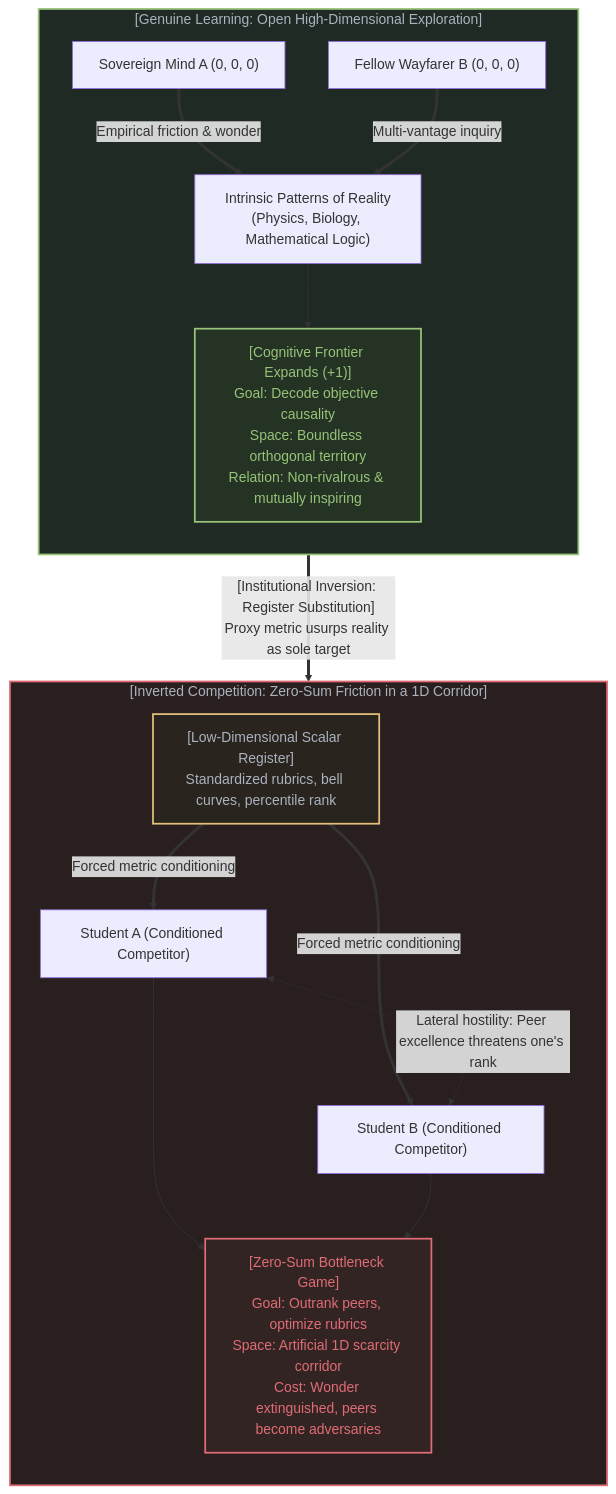
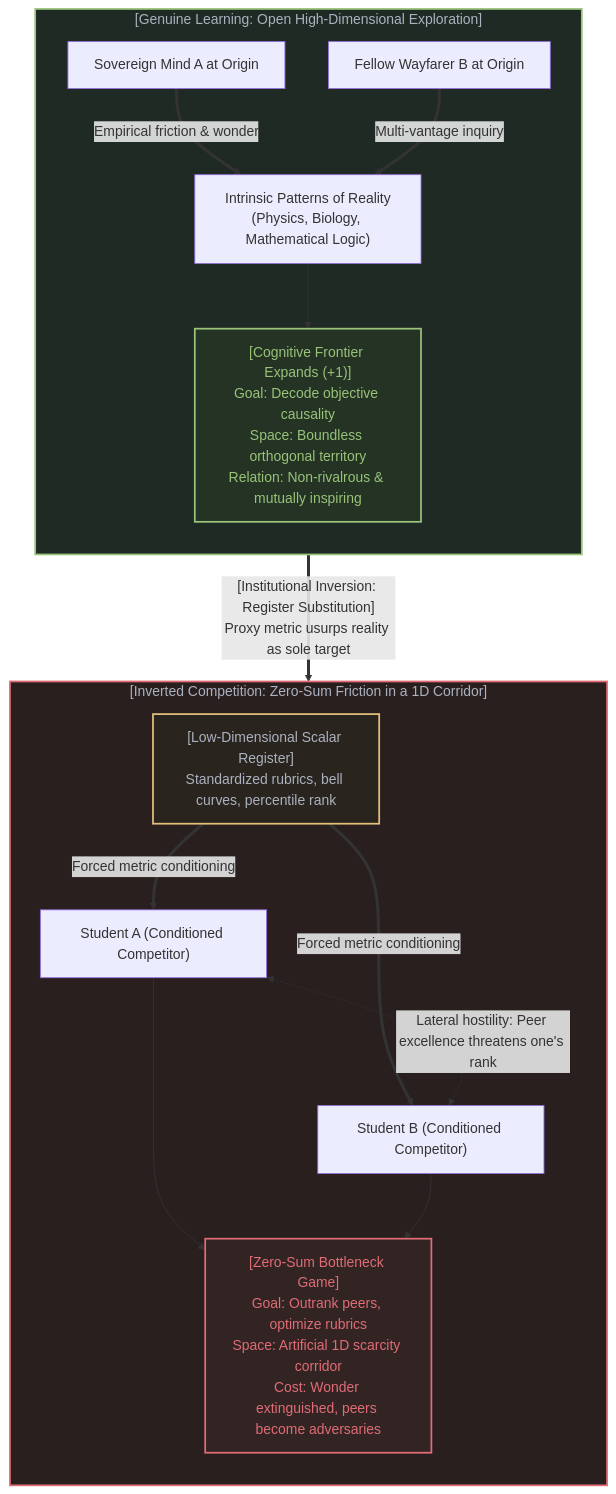
One commit to powerpig99/not-a-toe changed the sixth of 10 diagrams in content/posts/the-reversal-of-education-and-science.md. Above: the diagram before and after it, drawn with Mermaid. The commit also changed other lines of this file and 15 other files, not shown here.

````diff
--- a/content/posts/the-reversal-of-education-and-science.md
+++ b/content/posts/the-reversal-of-education-and-science.md
@@ -242,36 +242,36 @@
 ```mermaid
 graph TD
     subgraph GenuineLearning["[Genuine Learning: Open High-Dimensional Exploration]"]
         direction TB
-        MindA["Sovereign Mind A (0, 0, 0)"]
-        MindB["Fellow Wayfarer B (0, 0, 0)"]
+        MindA["Sovereign Mind A at Origin"]
+        MindB["Fellow Wayfarer B at Origin"]
         Patterns["Intrinsic Patterns of Reality<br>(Physics, Biology, Mathematical Logic)"]
         Expansion["[Cognitive Frontier Expands (+1)]<br>Goal: Decode objective causality<br>Space: Boundless orthogonal territory<br>Relation: Non-rivalrous & mutually inspiring"]
 
         MindA ==>|"Empirical friction & wonder"| Patterns
         MindB ==>|"Multi-vantage inquiry"| Patterns
         Patterns --> Expansion
     end
 
     GenuineLearning ==>|"[Institutional Inversion: Register Substitution]<br>Proxy metric usurps reality as sole target"| InvertedArena
 
     subgraph InvertedArena["[Inverted Competition: Zero-Sum Friction in a 1D Corridor]"]
         direction TB
         ExamRegister["[Low-Dimensional Scalar Register]<br>Standardized rubrics, bell curves, percentile rank"]
         StudentA["Student A (Conditioned Competitor)"]
         StudentB["Student B (Conditioned Competitor)"]
         ZeroSumResult["[Zero-Sum Bottleneck Game]<br>Goal: Outrank peers, optimize rubrics<br>Space: Artificial 1D scarcity corridor<br>Cost: Wonder extinguished, peers become adversaries"]
 
         ExamRegister ==>|"Forced metric conditioning"| StudentA
         ExamRegister ==>|"Forced metric conditioning"| StudentB
         StudentA <-.->|"Lateral hostility: Peer excellence threatens one's rank"| StudentB
         StudentA --> ZeroSumResult
         StudentB --> ZeroSumResult
     end
 
     style GenuineLearning fill:#1f2a24,stroke:#98c379,stroke-width:2px,color:#abb2bf
     style InvertedArena fill:#2a1f1f,stroke:#e06c75,stroke-width:2px,color:#abb2bf
     style Expansion fill:#243324,stroke:#98c379,stroke-width:2px,color:#98c379
     style ZeroSumResult fill:#332424,stroke:#e06c75,stroke-width:2px,color:#e06c75
     style ExamRegister fill:#2a241f,stroke:#e5c07b,stroke-width:2px,color:#abb2bf
 ```
````
